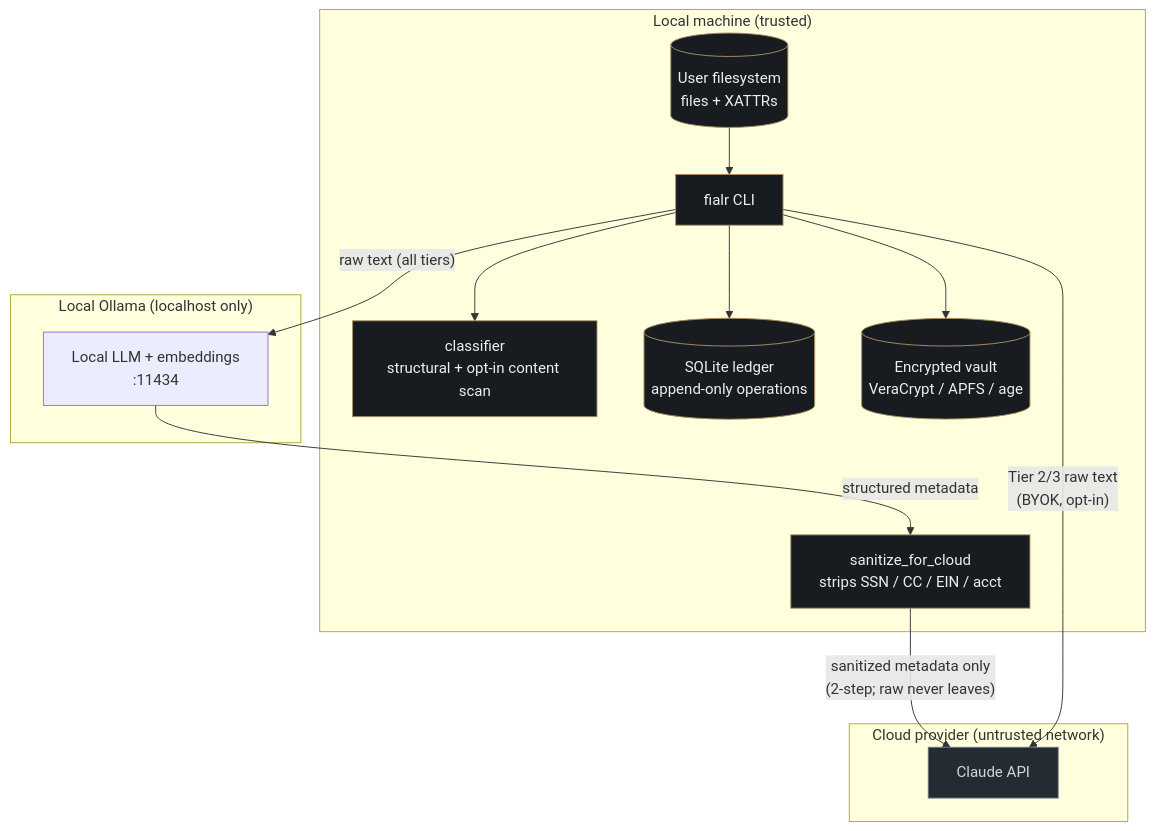
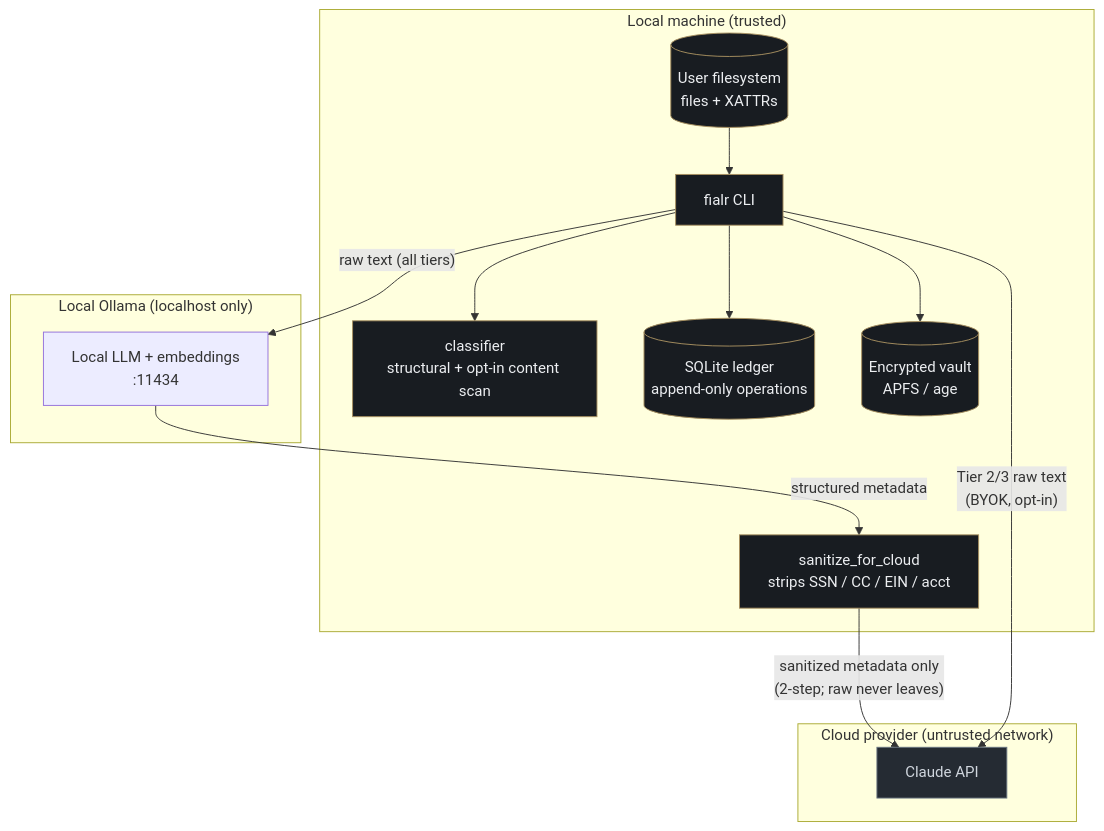
The diagram in docs/architecture.md (fialr-com/fialr), drawn with Mermaid before and after one commit. The commit also changed other lines of this file and 3 other files, not shown here.

First line of the commit message:
docs: drop VeraCrypt from the public site (APFS + age only) (#14)

````diff
--- a/docs/architecture.md
+++ b/docs/architecture.md
@@ -173,33 +173,33 @@
 ```mermaid
 flowchart TB
     subgraph LOCAL["Local machine (trusted)"]
         FS[("User filesystem<br/>files + XATTRs")]
         CLI["fialr CLI"]
         CLASS["classifier<br/>structural + opt-in content scan"]
         DB[("SQLite ledger<br/>append-only operations")]
-        VAULT[("Encrypted vault<br/>VeraCrypt / APFS / age")]
+        VAULT[("Encrypted vault<br/>APFS / age")]
         SAN["sanitize_for_cloud<br/>strips SSN / CC / EIN / acct"]
     end
 
     subgraph OLLAMA["Local Ollama (localhost only)"]
         OLL["Local LLM + embeddings<br/>:11434"]
     end
 
     subgraph CLOUD["Cloud provider (untrusted network)"]
         CLAUDE["Claude API"]
     end
 
     FS --> CLI
     CLI --> CLASS
     CLI --> DB
     CLI --> VAULT
     CLI -- "raw text (all tiers)" --> OLL
     OLL -- "structured metadata" --> SAN
     SAN -- "sanitized metadata only<br/>(2-step; raw never leaves)" --> CLAUDE
     CLI -- "Tier 2/3 raw text<br/>(BYOK, opt-in)" --> CLAUDE
 
     classDef trusted fill:#181C21,stroke:#A89060,color:#ECEEF1
     classDef untrusted fill:#252B33,stroke:#68737F,color:#D0D6DE
     class FS,CLI,DB,VAULT,CLASS,SAN trusted
     class CLAUDE untrusted
 ```
````
